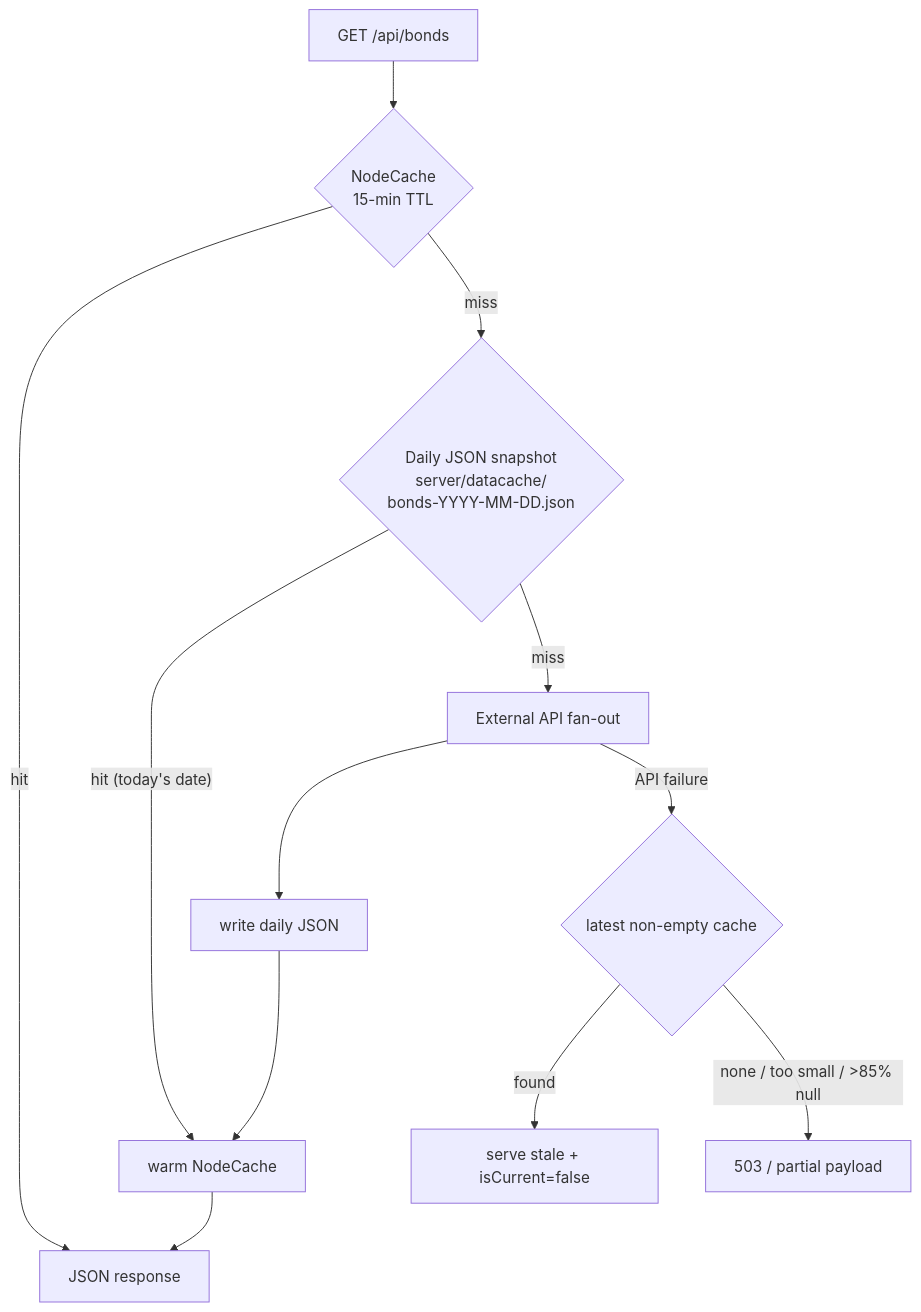
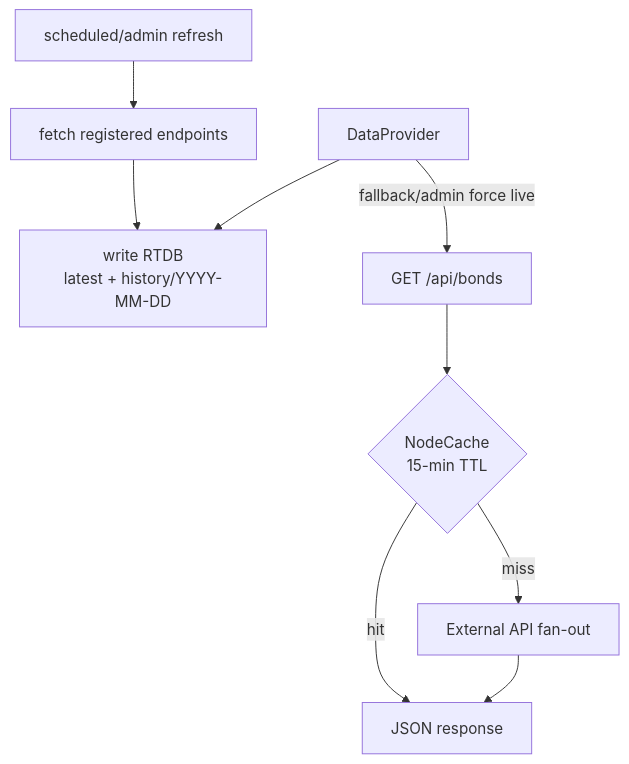
Before and after one commit to kevinkicho/kyahoofinance032926: the second of 4 diagrams in docs/DATA_PIPELINE.md, drawn with Mermaid. The commit also changed other lines of this file and 16 other files, not shown here.

First line of the commit message:
fix: admin auth bypass, SSRF, rate limiting, route drift, DataProvider cleanup, Ollama DoS

````diff
--- a/docs/DATA_PIPELINE.md
+++ b/docs/DATA_PIPELINE.md
@@ -149,13 +160,11 @@
 ```mermaid
 flowchart TB
     REQ["GET /api/bonds"] --> NC{"NodeCache<br/>15-min TTL"}
     NC -- hit --> OUT["JSON response"]
-    NC -- miss --> DAILY{"Daily JSON snapshot<br/>server/datacache/<br/>bonds-YYYY-MM-DD.json"}
-    DAILY -- hit (today's date) --> NC2["warm NodeCache"] --> OUT
-    DAILY -- miss --> FETCH["External API fan-out"]
-    FETCH --> WRITE["write daily JSON"]
-    WRITE --> NC2
-    FETCH -- "API failure" --> STALE{"latest non-empty cache"}
-    STALE -- found --> OUT_STALE["serve stale + isCurrent=false"]
-    STALE -- "none / too small / >85% null" --> EMPTY["503 / partial payload"]
+    NC -- miss --> FETCH["External API fan-out"]
+    FETCH --> OUT
+    SCHED["scheduled/admin refresh"] --> FETCH2["fetch registered endpoints"]
+    FETCH2 --> RTDB["write RTDB<br/>latest + history/YYYY-MM-DD"]
+    UI["DataProvider"] --> RTDB
+    UI -- "fallback/admin force live" --> REQ
 ```
````
